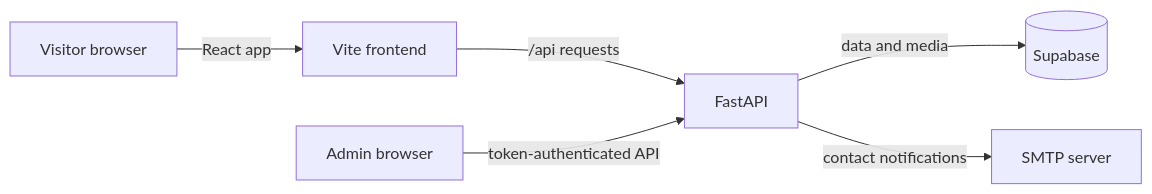
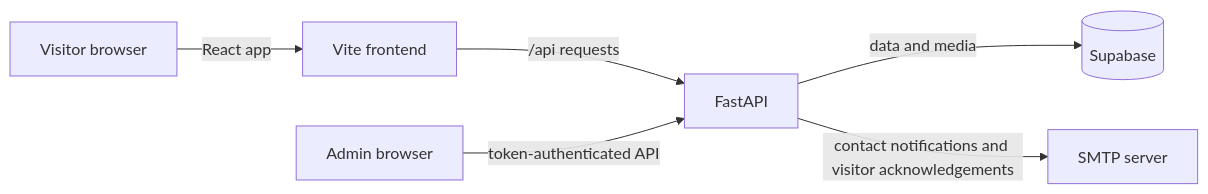
The diagram in docs/architecture.md (Emmy6-d/Emmanuel_Portifolio), drawn with Mermaid before and after one commit. The commit also changed other lines of this file and 7 other files, not shown here.

Commit message:
Add automatic email acknowledgements for contact submissions

````diff
--- a/docs/architecture.md
+++ b/docs/architecture.md
@@ -3,8 +3,8 @@
 ```mermaid
 flowchart LR
   visitor[Visitor browser] -->|React app| frontend[Vite frontend]
   frontend -->|/api requests| api[FastAPI]
   api -->|data and media| supabase[(Supabase)]
-  api -->|contact notifications| smtp[SMTP server]
+  api -->|contact notifications and visitor acknowledgements| smtp[SMTP server]
   admin[Admin browser] -->|token-authenticated API| api
 ```
````
